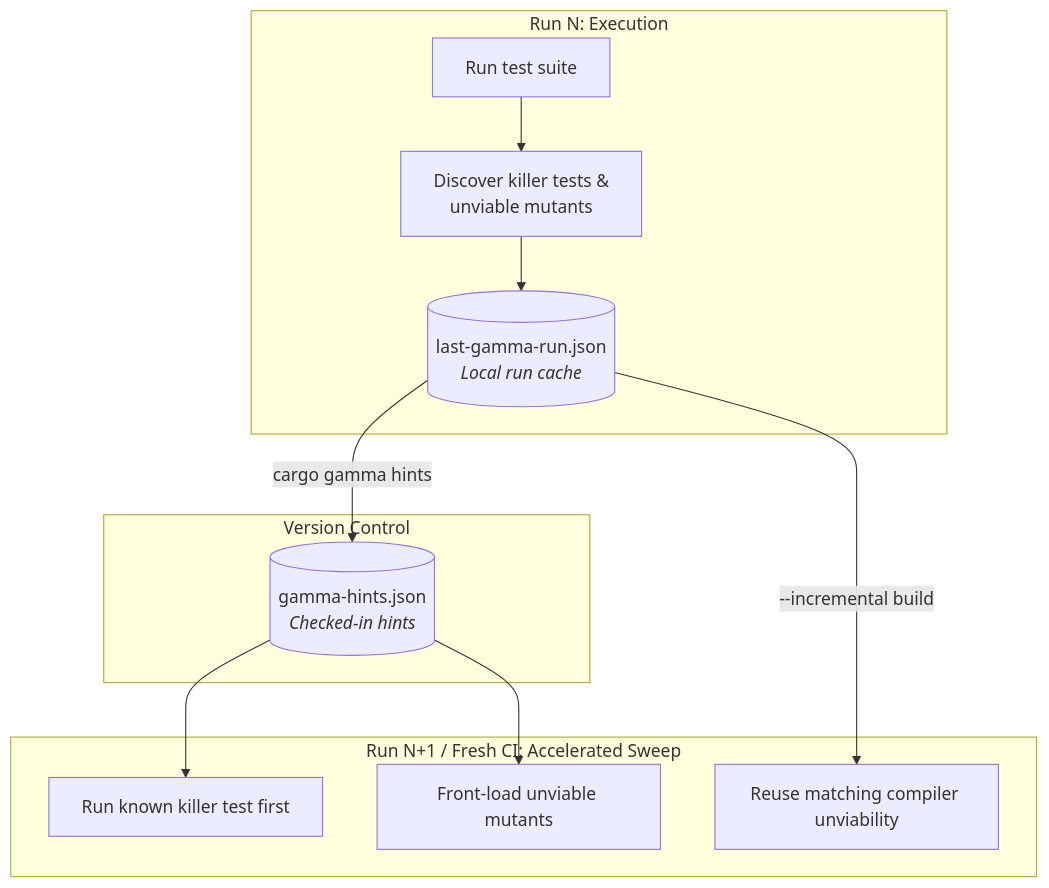
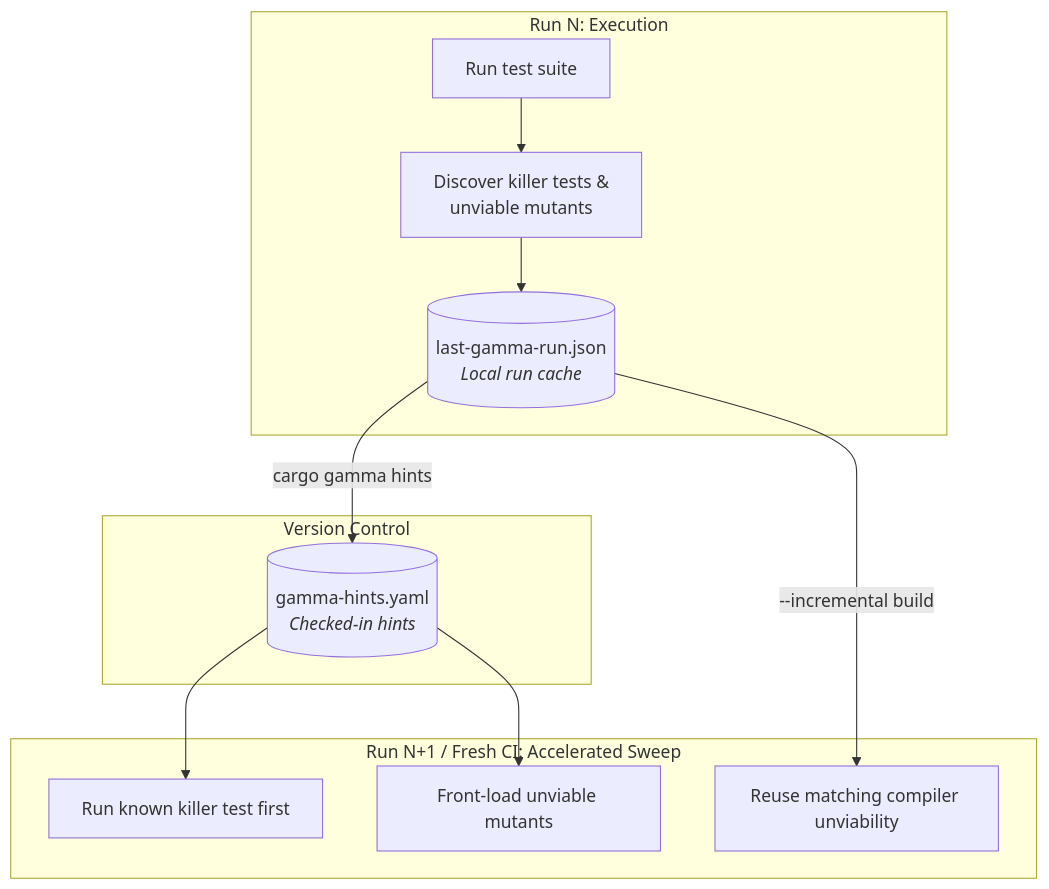
Before and after one commit to microsoft/ox-tools: the third of 3 diagrams in crates/cargo-gamma/README.md, drawn with Mermaid. The commit also changed other lines of this file and 131 other files, not shown here.

First line of the commit message:
feat(cargo-gamma): optimize mutation campaigns

````diff
--- a/crates/cargo-gamma/README.md
+++ b/crates/cargo-gamma/README.md
@@ -1326,17 +1352,17 @@
 ```mermaid
 flowchart TD
     subgraph Run1 [Run N: Execution]
         A[Run test suite] --> B[Discover killer tests &<br/>unviable mutants]
         B --> C[(last-gamma-run.json<br/><i>Local run cache</i>)]
     end
 
     subgraph Hints [Version Control]
-        C -->|cargo gamma hints| D[(gamma-hints.json<br/><i>Checked-in hints</i>)]
+        C -->|cargo gamma hints| D[(gamma-hints.yaml<br/><i>Checked-in hints</i>)]
     end
 
     subgraph Run2 [Run N+1 / Fresh CI: Accelerated Sweep]
         D --> E[Run known killer test first]
         D --> F[Front-load unviable mutants]
         C -->|--incremental build| G[Reuse matching compiler unviability]
     end
 ```
````
